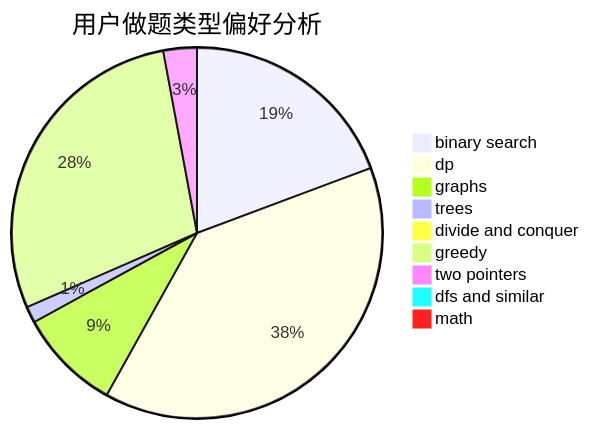
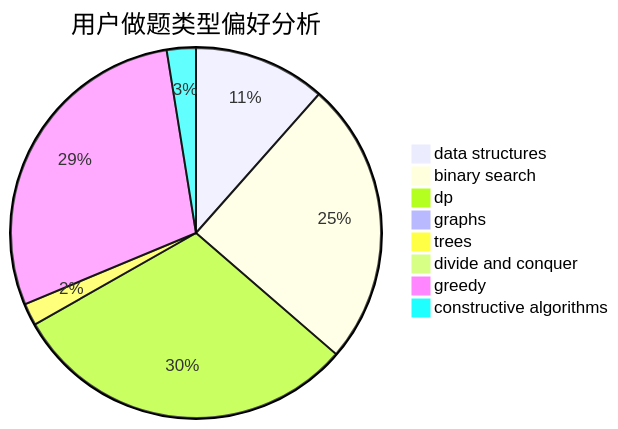
One commit to sherpahu/cfrs.github.io changed the second of 3 diagrams in docs/user/u1051.md. Above: the diagram before and after it, drawn with Mermaid. The commit also changed other lines of this file and 2775 other files, not shown here.

````diff
--- a/docs/user/u1051.md
+++ b/docs/user/u1051.md
@@ -23,12 +23,11 @@
 ```mermaid
 pie title 用户做题类型偏好分析
-    "binary search" :  680
-    "dp" :  1366
-    "graphs" :  315
-    "trees" :  50
-    "divide and conquer" :  6
-    "greedy" :  1008
-    "two pointers" :  103
-    "dfs and similar" :  21
-    "math" :  21
+    "data structures" :  232
+    "binary search" :  499
+    "dp" :  612
+    "graphs" :  7
+    "trees" :  39
+    "divide and conquer" :  0
+    "greedy" :  578
+    "constructive algorithms" :  51
 ```
````
